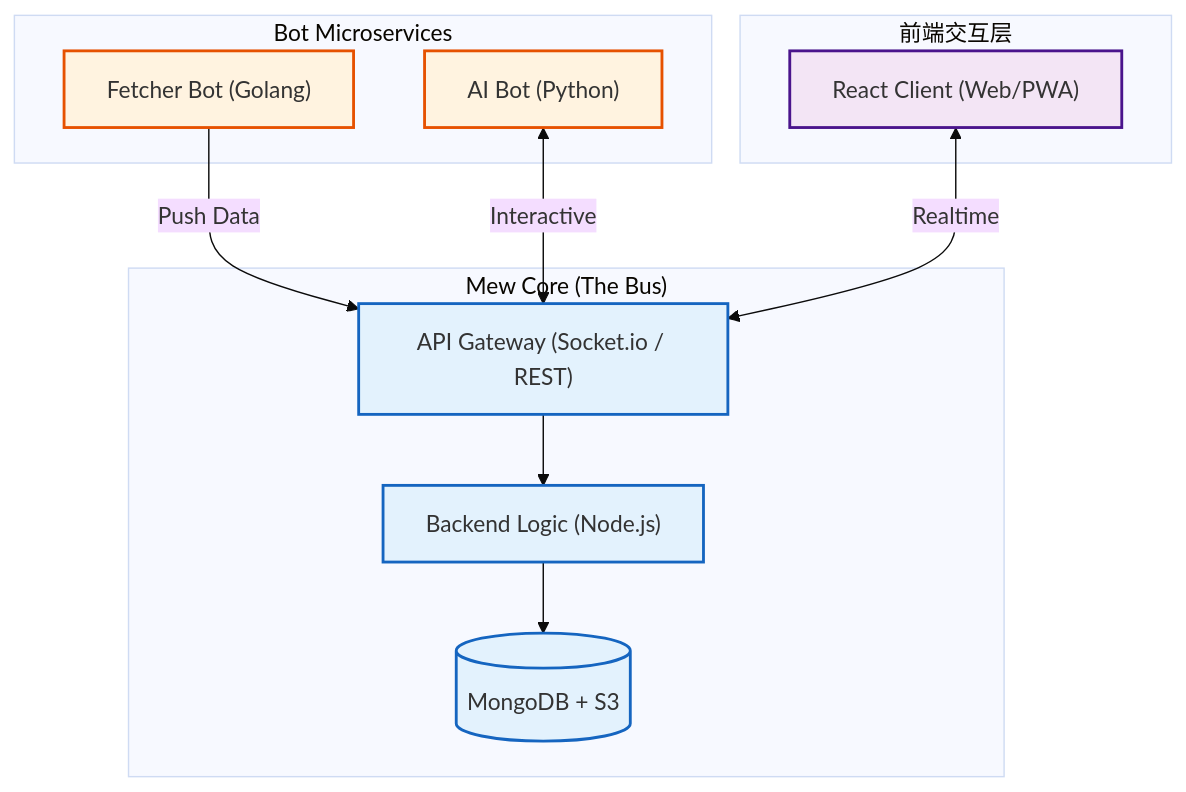
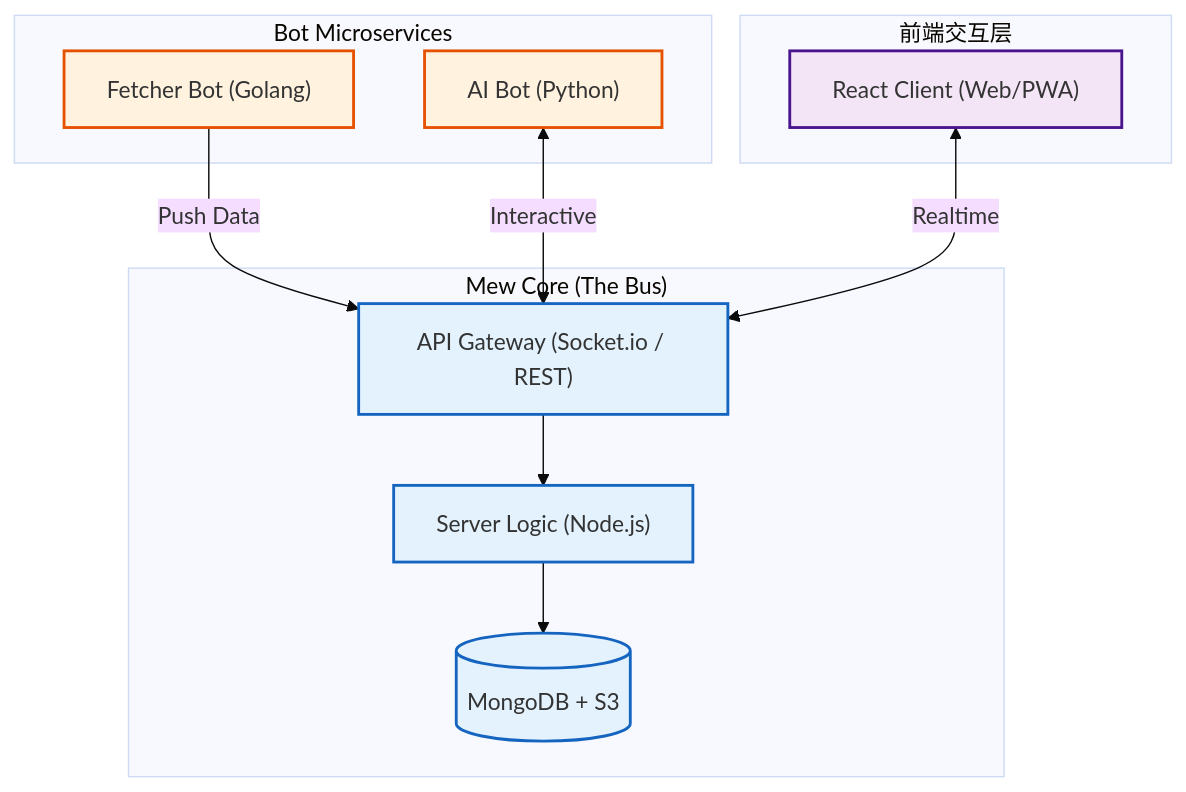
Before and after one commit to U1805/mew: the diagram in website/docs/start/introduction.md, drawn with Mermaid (base theme). The commit also changed other lines of this file and 361 other files, not shown here.

`````diff
--- a/website/docs/start/introduction.md
+++ b/website/docs/start/introduction.md
@@ -48,28 +48,28 @@
 ```mermaid
 graph TD
     %% Styling
     classDef core fill:#e3f2fd,stroke:#1565c0,stroke-width:2px
     classDef ext fill:#fff3e0,stroke:#e65100,stroke-width:2px
     classDef client fill:#f3e5f5,stroke:#4a148c,stroke-width:2px
 
     subgraph Client ["前端交互层"]
         UI["React Client (Web/PWA)"]:::client
     end
 
     subgraph Platform ["Mew Core (The Bus)"]
         Gateway["API Gateway (Socket.io / REST)"]:::core
-        Backend["Backend Logic (Node.js)"]:::core
+        Server["Server Logic (Node.js)"]:::core
         DB[("MongoDB + S3")]:::core
     end
 
     subgraph Services ["Bot Microservices"]
         GoBot["Fetcher Bot (Golang)"]:::ext
         PyBot["AI Bot (Python)"]:::ext
     end
 
     %% Flow
     GoBot -->|Push Data| Gateway
     PyBot <-->|Interactive| Gateway
     UI <-->|Realtime| Gateway
-    Gateway --> Backend --> DB
+    Gateway --> Server --> DB
 ````
`````
